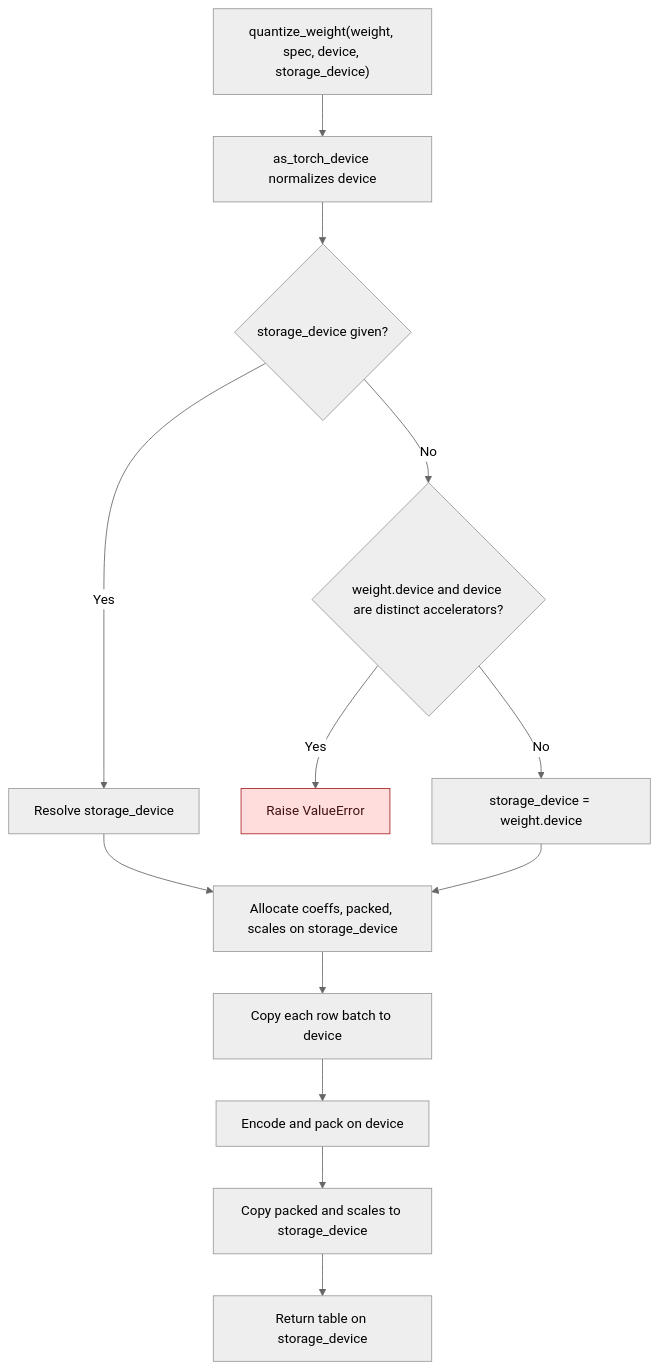
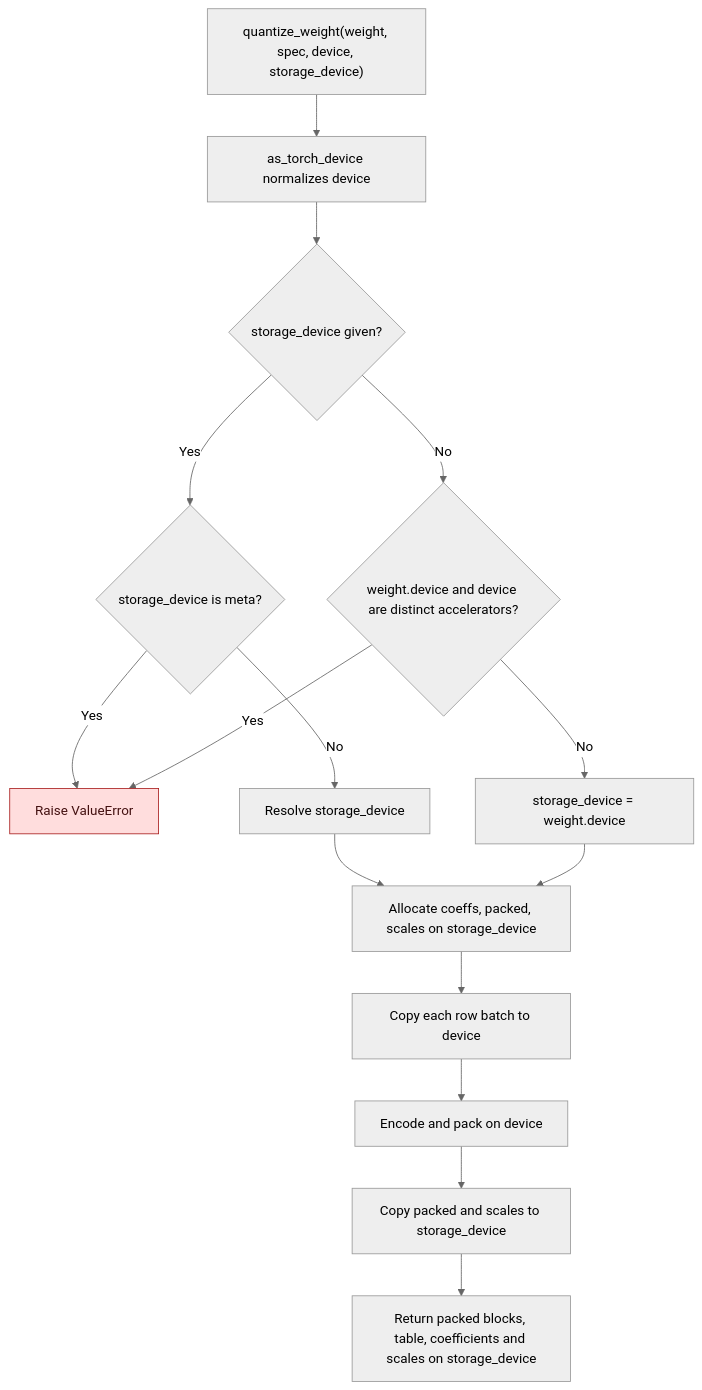
Before and after one commit to ModelCloud/GPTQModel: the fourth of 5 diagrams in docs/cptc.md, drawn with Mermaid (neutral theme). The commit also changed other lines of this file and 3 other files, not shown here.

````diff
--- a/docs/cptc.md
+++ b/docs/cptc.md
@@ -163,17 +164,19 @@
 ```mermaid
 flowchart TD
     A["quantize_weight(weight, spec, device, storage_device)"] --> B["as_torch_device normalizes device"]
     B --> C{"storage_device given?"}
-    C -->|Yes| D["Resolve storage_device"]
+    C -->|Yes| D{"storage_device is meta?"}
+    D -->|Yes| F["Raise ValueError"]
+    D -->|No| M["Resolve storage_device"]
     C -->|No| E{"weight.device and device are distinct accelerators?"}
-    E -->|Yes| F["Raise ValueError"]
+    E -->|Yes| F
     E -->|No| G["storage_device = weight.device"]
-    D --> H["Allocate coeffs, packed, scales on storage_device"]
+    M --> H["Allocate coeffs, packed, scales on storage_device"]
     G --> H
     H --> I["Copy each row batch to device"]
     I --> J["Encode and pack on device"]
     J --> K["Copy packed and scales to storage_device"]
-    K --> L["Return table on storage_device"]
+    K --> L["Return packed blocks, table, coefficients and scales on storage_device"]
     classDef error fill:#ffdddd,color:#411,stroke:#a22
     class F error
 ```
````
